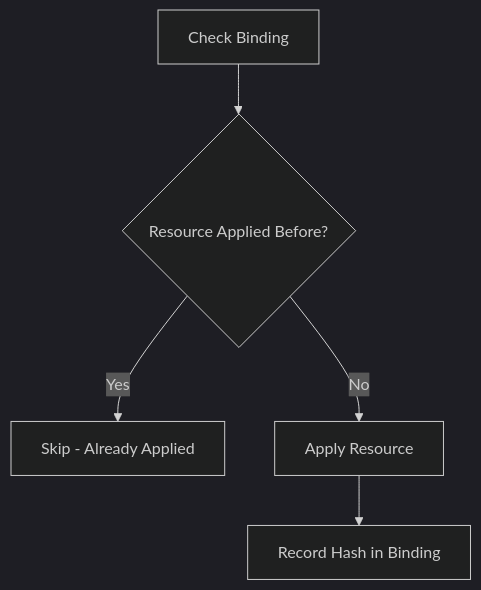
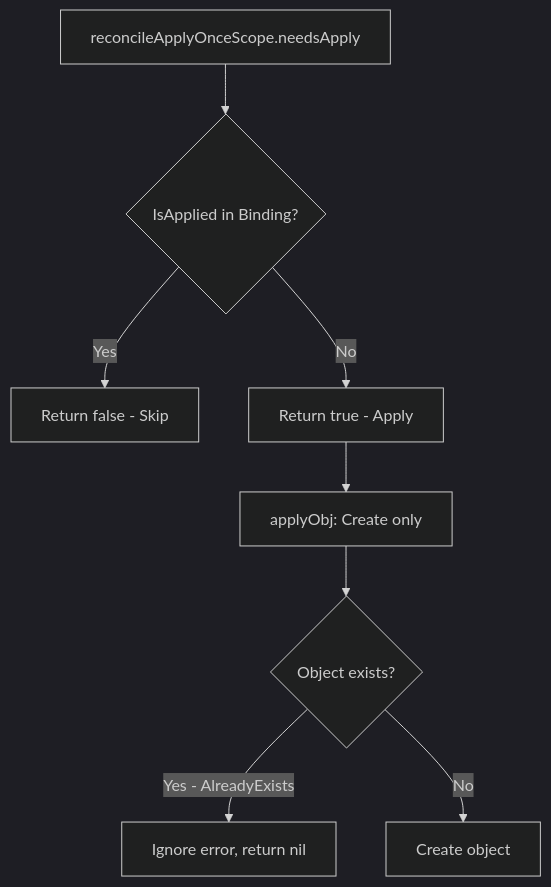
One commit to seanyen/cluster-api changed the third of 9 diagrams in ai-gen/internal/controllers/clusterresourceset_controller.md. Above: the diagram before and after it, drawn with Mermaid (dark theme). The commit also changed other lines of this file, not shown here.

````diff
--- a/ai-gen/internal/controllers/clusterresourceset_controller.md
+++ b/ai-gen/internal/controllers/clusterresourceset_controller.md
@@ -98,7 +125,10 @@
 ```mermaid
 flowchart TD
-    A[Check Binding] --> B{Resource Applied Before?}
-    B -->|Yes| C[Skip - Already Applied]
-    B -->|No| D[Apply Resource]
-    D --> E[Record Hash in Binding]
+    A[reconcileApplyOnceScope.needsApply] --> B{IsApplied in Binding?}
+    B -->|Yes| C[Return false - Skip]
+    B -->|No| D[Return true - Apply]
+    D --> E[applyObj: Create only]
+    E --> F{Object exists?}
+    F -->|Yes - AlreadyExists| G[Ignore error, return nil]
+    F -->|No| H[Create object]
 ```
````
